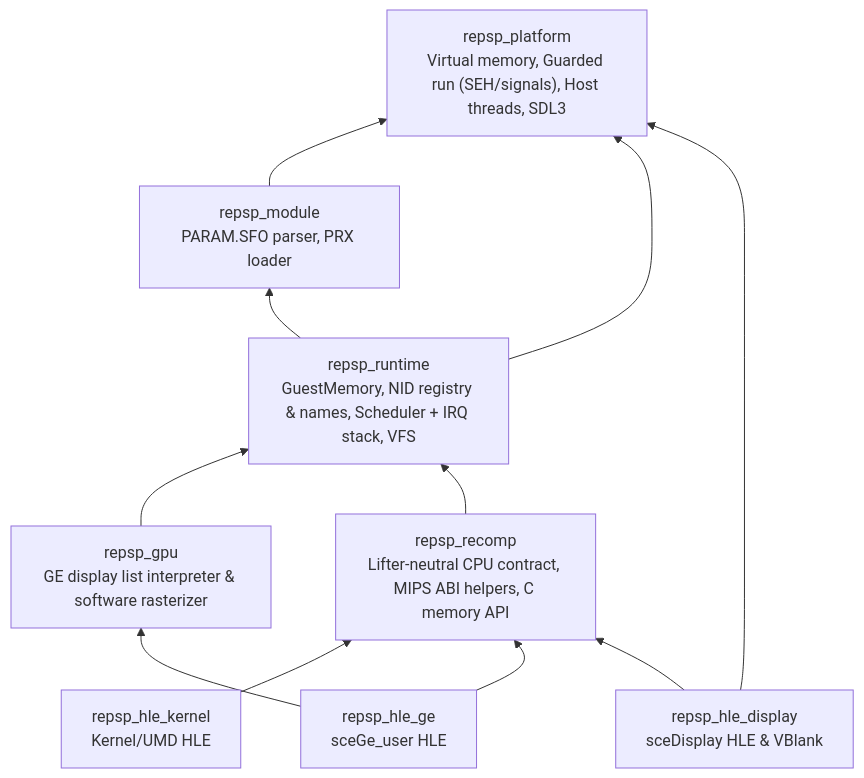
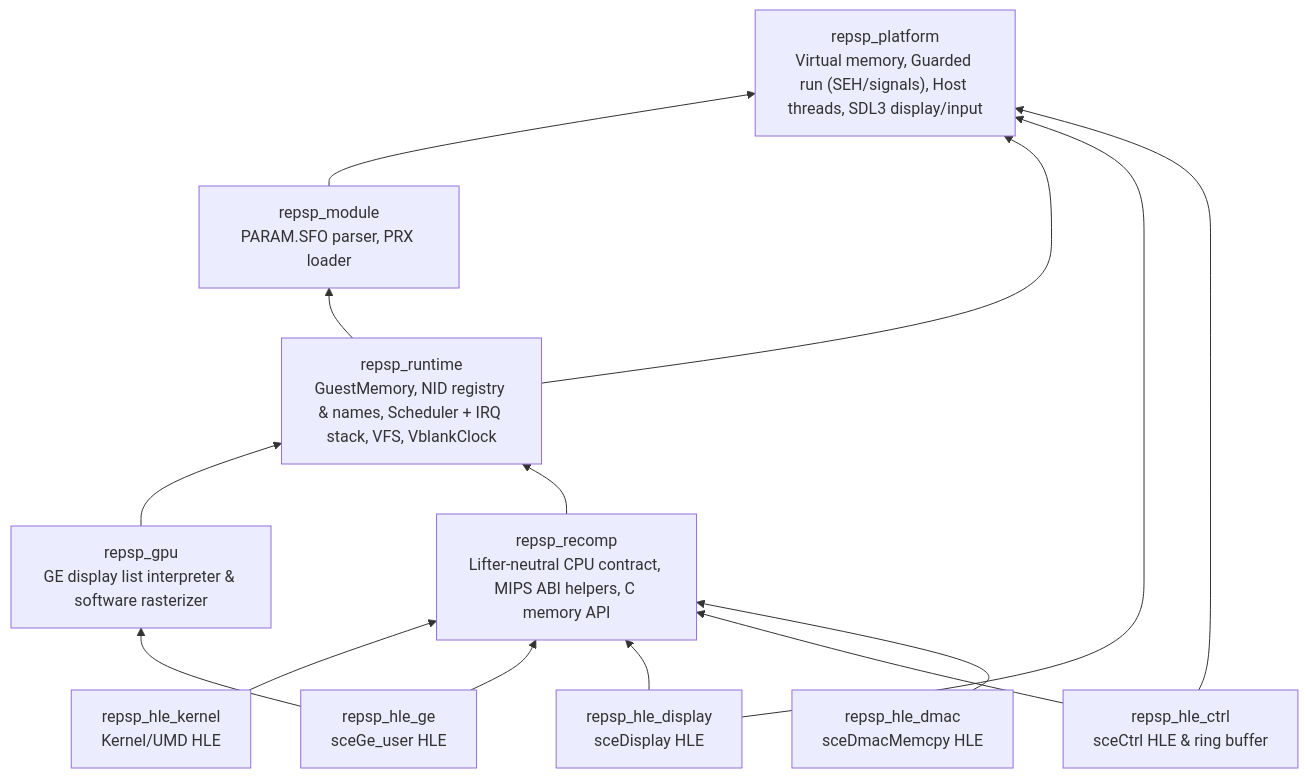
Before and after one commit to reexec/repsp: the diagram in ARCHITECTURE.md, drawn with Mermaid. The commit also changed other lines of this file and 28 other files, not shown here.

First line of the commit message:
v0.0.5: input — sceCtrl, runtime vblank clock, keyboard and gamepad, sceDmac (#10)

````diff
--- a/ARCHITECTURE.md
+++ b/ARCHITECTURE.md
@@ -11,22 +11,27 @@
 ```mermaid
 flowchart BT
-    PLAT["repsp_platform<br/>Virtual memory, Guarded run (SEH/signals), Host threads, SDL3"]
+    PLAT["repsp_platform<br/>Virtual memory, Guarded run (SEH/signals), Host threads, SDL3 display/input"]
     MOD["repsp_module<br/>PARAM.SFO parser, PRX loader"]
-    RT["repsp_runtime<br/>GuestMemory, NID registry & names, Scheduler + IRQ stack, VFS"]
+    RT["repsp_runtime<br/>GuestMemory, NID registry & names, Scheduler + IRQ stack, VFS, VblankClock"]
     GPU["repsp_gpu<br/>GE display list interpreter & software rasterizer"]
     REC["repsp_recomp<br/>Lifter-neutral CPU contract, MIPS ABI helpers, C memory API"]
     HLEK["repsp_hle_kernel<br/>Kernel/UMD HLE"]
     HLEG["repsp_hle_ge<br/>sceGe_user HLE"]
-    HLED["repsp_hle_display<br/>sceDisplay HLE & VBlank"]
+    HLED["repsp_hle_display<br/>sceDisplay HLE"]
+    HLEC["repsp_hle_ctrl<br/>sceCtrl HLE & ring buffer"]
+    HLEDM["repsp_hle_dmac<br/>sceDmacMemcpy HLE"]
 
     MOD --> PLAT
     RT --> MOD
     RT --> PLAT
     GPU --> RT
     REC --> RT
     HLEK --> REC
     HLEG --> REC
     HLEG --> GPU
     HLED --> REC
     HLED --> PLAT
+    HLEC --> REC
+    HLEC --> PLAT
+    HLEDM --> REC
 ```
````
